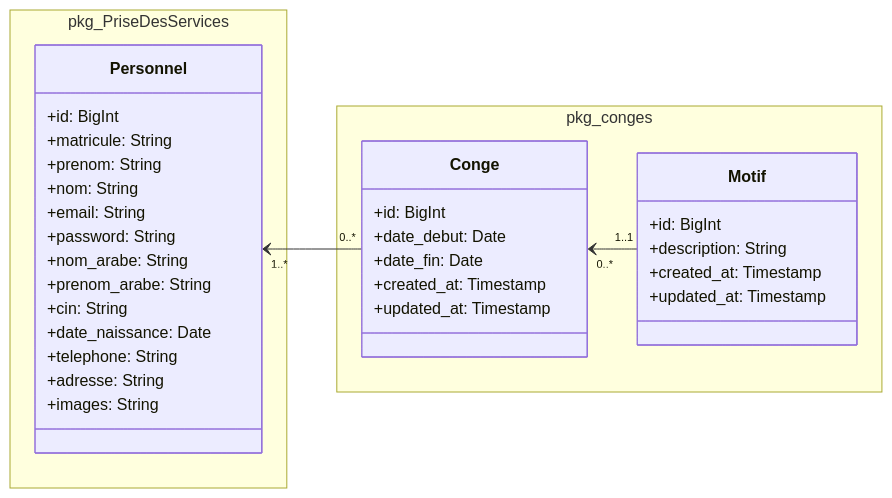
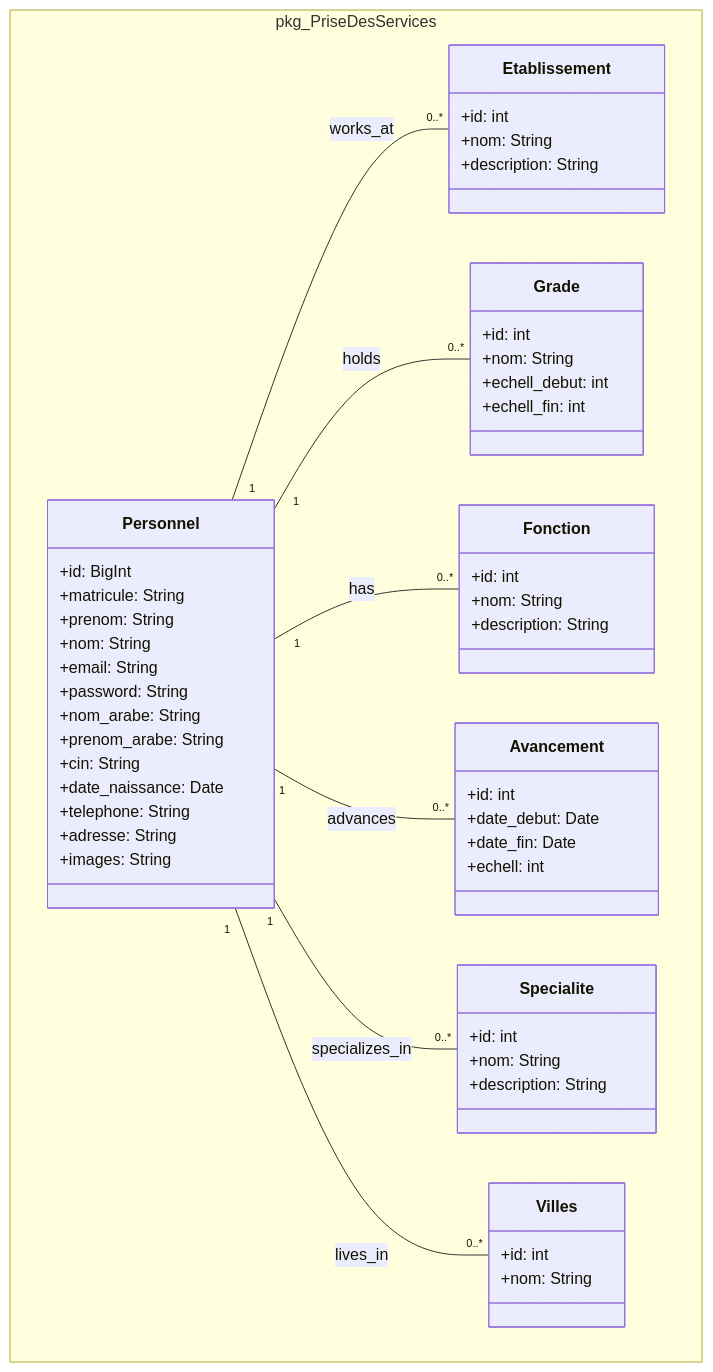
Before and after one commit to hamidAchaou/gestion-personnels: the diagram in modélisation/pkg_PriseDeServices/diagramme-de-class-priseDeService.mmd, drawn with Mermaid. The commit also changed 6 other files, not shown here.

```diff
--- a/modélisation/pkg_PriseDeServices/diagramme-de-class-priseDeService.mmd
+++ b/modélisation/pkg_PriseDeServices/diagramme-de-class-priseDeService.mmd
@@ -1,39 +1,64 @@
 classDiagram
-    direction LR
+    direction TB
 
 namespace pkg_PriseDesServices {
     class Personnel {
         +id: BigInt
         +matricule: String
         +prenom: String
         +nom: String
         +email: String
         +password: String
         +nom_arabe: String
         +prenom_arabe: String
         +cin: String
         +date_naissance: Date
         +telephone: String
         +adresse: String
         +images: String
     }
-}
-namespace pkg_conges {
-    class Conge {
-        +id: BigInt
+
+    class Etablissement {
+        +id: int
+        +nom: String
+        +description: String
+    }
+
+    class Grade {
+        +id: int
+        +nom: String
+        +echell_debut: int
+        +echell_fin: int
+    }
+
+    class Fonction {
+        +id: int
+        +nom: String
+        +description: String
+    }
+
+    class Avancement {
+        +id: int
         +date_debut: Date
         +date_fin: Date
-        +created_at: Timestamp
-        +updated_at: Timestamp
+        +echell: int
     }
 
-    class Motif {
-        +id: BigInt
+    class Specialite {
+        +id: int
+        +nom: String
         +description: String
-        +created_at: Timestamp
-        +updated_at: Timestamp
+    }
+
+    class Villes {
+        +id: int
+        +nom: String
     }
 }
 
-    Personnel "1..*" <-- "0..*" Conge 
-    Conge "0..*" <-- "1..1" Motif
+Personnel "1" -- "0..*" Etablissement: works_at
+Personnel "1" -- "0..*" Grade: holds
+Personnel "1" -- "0..*" Fonction: has
+Personnel "1" -- "0..*" Avancement: advances
+Personnel "1" -- "0..*" Specialite: specializes_in
+Personnel "1" -- "0..*" Villes: lives_in
```
